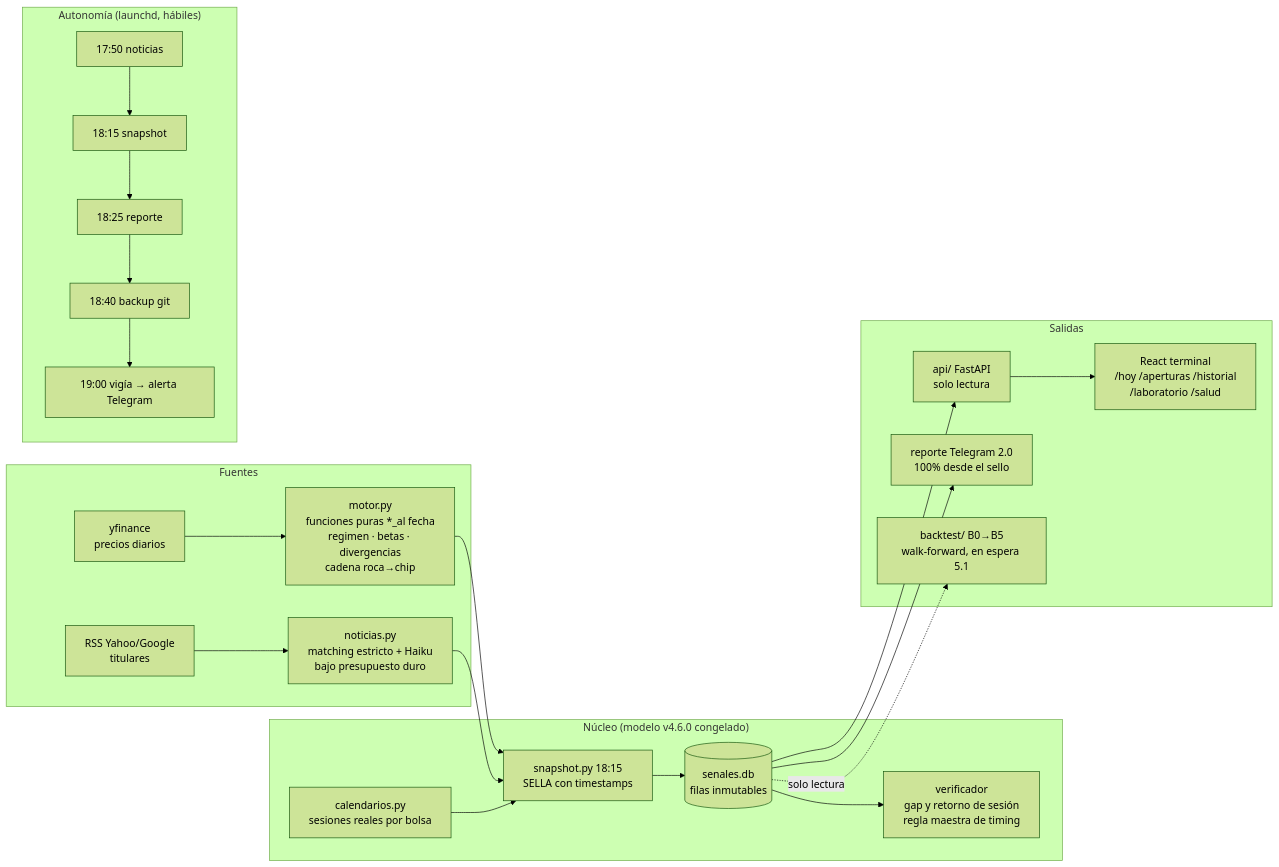
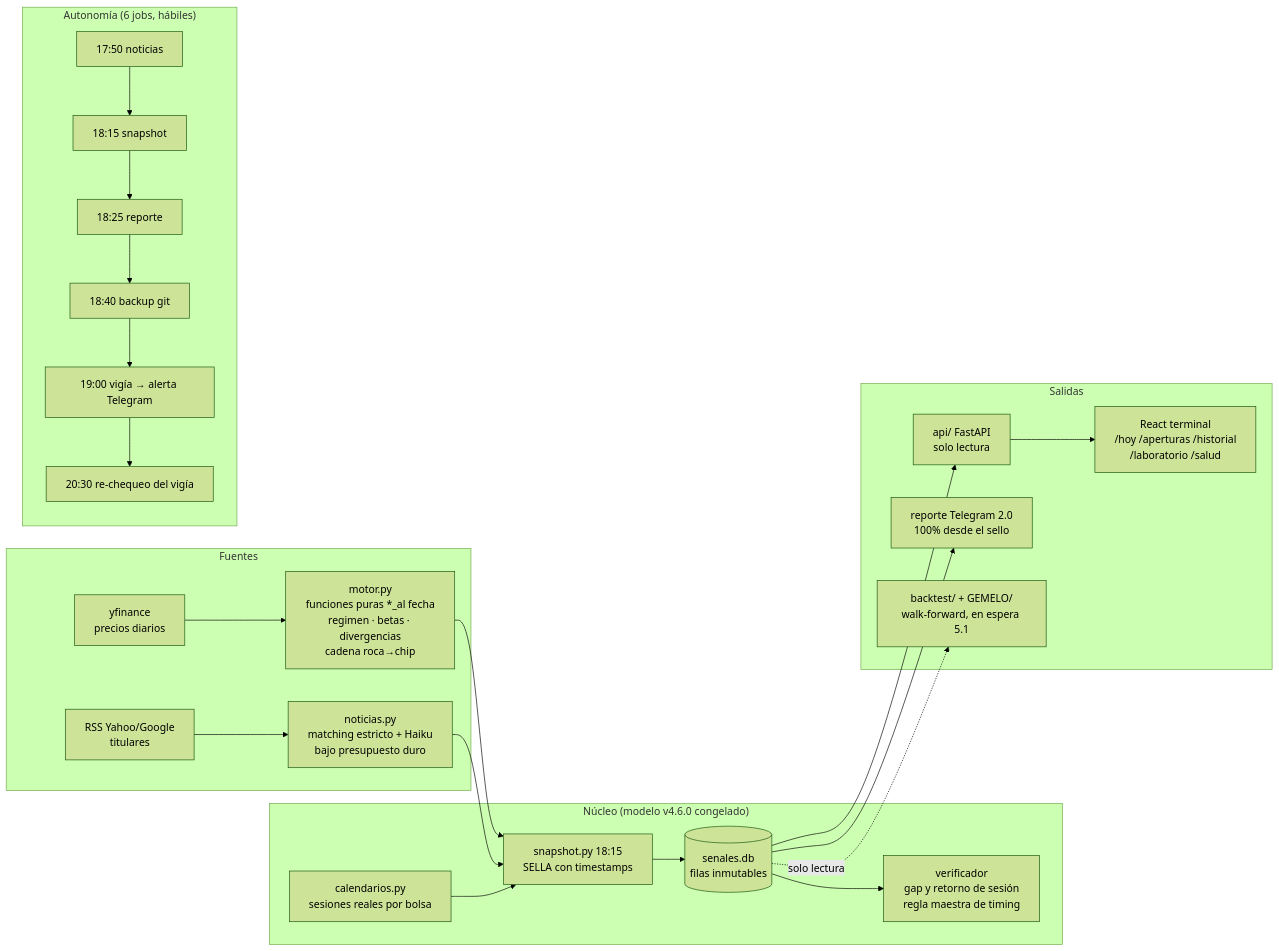
The diagram in README.md (nicolasaraneda/mki-terminal), drawn with Mermaid (forest theme) before and after one commit. The commit also changed other lines of this file and 1 other file, not shown here.

````diff
--- a/README.md
+++ b/README.md
@@ -85,40 +284,41 @@
 ```mermaid
 flowchart LR
     subgraph Fuentes
         Y[yfinance
 precios diarios] --> M
         R[RSS Yahoo/Google
 titulares] --> N
     end
     subgraph Nucleo["Núcleo (modelo v4.6.0 congelado)"]
         M[motor.py
 funciones puras *_al fecha
 regimen · betas · divergencias
 cadena roca→chip] --> S
         N[noticias.py
 matching estricto + Haiku
 bajo presupuesto duro] --> S
         C[calendarios.py
 sesiones reales por bolsa] --> S
         S[snapshot.py 18:15
 SELLA con timestamps] --> DB[(senales.db
 filas inmutables)]
         DB --> V[verificador
 gap y retorno de sesión
 regla maestra de timing]
     end
     subgraph Salidas
         DB --> API[api/ FastAPI
 solo lectura] --> FE[React terminal
 /hoy /aperturas /historial
 /laboratorio /salud]
         DB --> TG[reporte Telegram 2.0
 100% desde el sello]
-        DB -.solo lectura.-> BT[backtest/ B0→B5
+        DB -.solo lectura.-> BT[backtest/ + GEMELO/
 walk-forward, en espera 5.1]
     end
-    subgraph Guardia["Autonomía (launchd, hábiles)"]
+    subgraph Guardia["Autonomía (6 jobs, hábiles)"]
         J1[17:50 noticias] --> J2[18:15 snapshot] --> J3[18:25 reporte]
         --> J4[18:40 backup git] --> J5[19:00 vigía → alerta Telegram]
+        --> J6[20:30 re-chequeo del vigía]
     end
 ```
````
